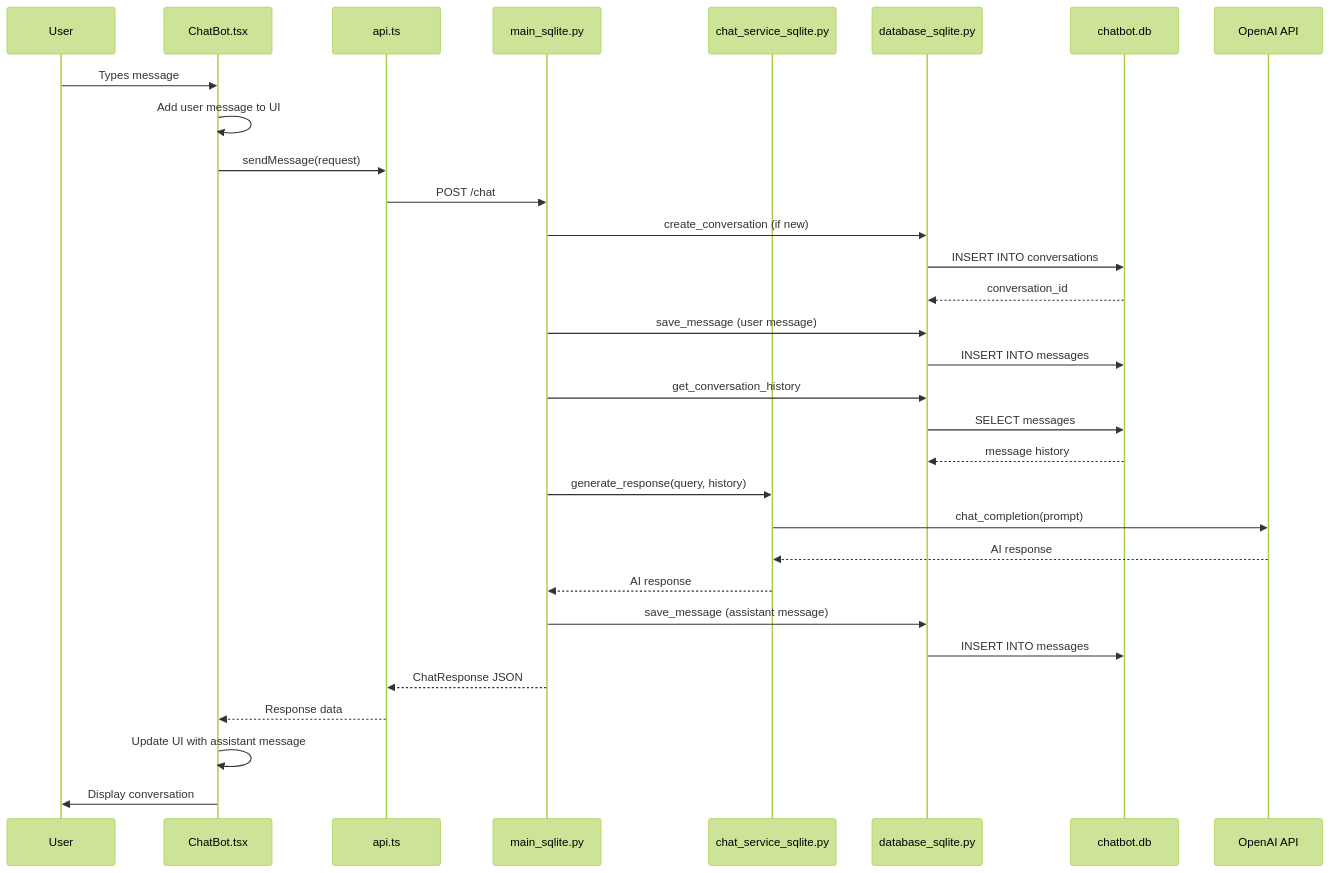
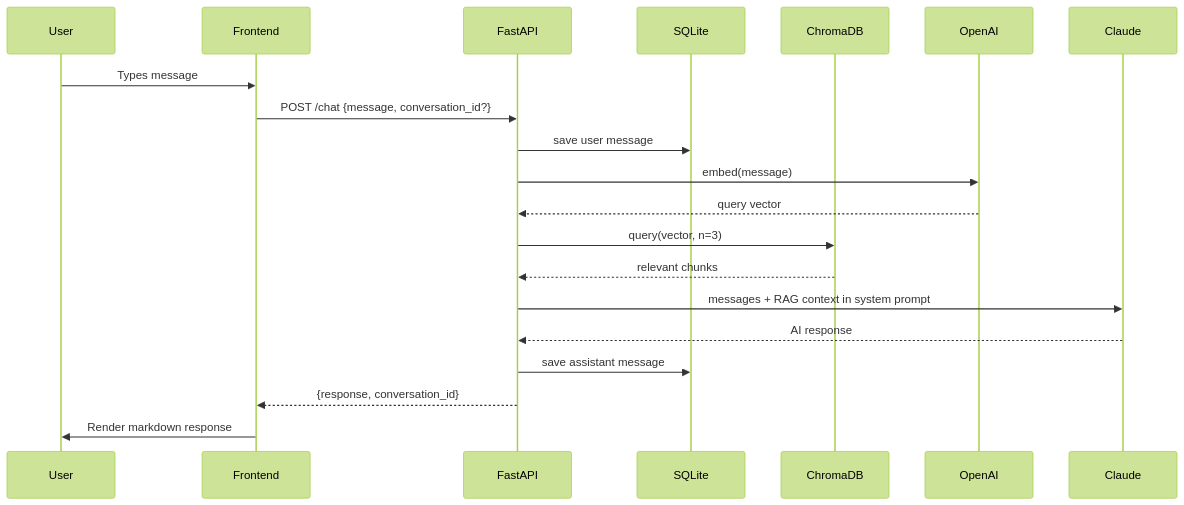
The second of 5 diagrams in fullstack.md (VimeansethThorng/fastapi-react-typescript-chatbot), drawn with Mermaid (forest theme) before and after one commit. The commit also changed other lines of this file and 5 other files, not shown here.

````diff
--- a/fullstack.md
+++ b/fullstack.md
@@ -90,41 +52,23 @@
 ```mermaid
 sequenceDiagram
     participant User
-    participant ChatBot as ChatBot.tsx
-    participant API as api.ts
-    participant FastAPI as main_sqlite.py
-    participant ChatService as chat_service_sqlite.py
-    participant DBManager as database_sqlite.py
-    participant SQLite as chatbot.db
-    participant OpenAI as OpenAI API
-    
-    %% Chat Flow
-    User->>ChatBot: Types message
-    ChatBot->>ChatBot: Add user message to UI
-    ChatBot->>API: sendMessage(request)
-    API->>FastAPI: POST /chat
-    
-    FastAPI->>DBManager: create_conversation (if new)
-    DBManager->>SQLite: INSERT INTO conversations
-    SQLite-->>DBManager: conversation_id
-    
-    FastAPI->>DBManager: save_message (user message)
-    DBManager->>SQLite: INSERT INTO messages
-    
-    FastAPI->>DBManager: get_conversation_history
-    DBManager->>SQLite: SELECT messages
-    SQLite-->>DBManager: message history
-    
-    FastAPI->>ChatService: generate_response(query, history)
-    ChatService->>OpenAI: chat_completion(prompt)
-    OpenAI-->>ChatService: AI response
-    ChatService-->>FastAPI: AI response
-    
-    FastAPI->>DBManager: save_message (assistant message)
-    DBManager->>SQLite: INSERT INTO messages
-    
-    FastAPI-->>API: ChatResponse JSON
-    API-->>ChatBot: Response data
-    ChatBot->>ChatBot: Update UI with assistant message
-    ChatBot->>User: Display conversation
+    participant Frontend
+    participant FastAPI
+    participant SQLite
+    participant ChromaDB
+    participant OpenAI
+    participant Claude
+
+    User->>Frontend: Types message
+    Frontend->>FastAPI: POST /chat {message, conversation_id?}
+    FastAPI->>SQLite: save user message
+    FastAPI->>OpenAI: embed(message)
+    OpenAI-->>FastAPI: query vector
+    FastAPI->>ChromaDB: query(vector, n=3)
+    ChromaDB-->>FastAPI: relevant chunks
+    FastAPI->>Claude: messages + RAG context in system prompt
+    Claude-->>FastAPI: AI response
+    FastAPI->>SQLite: save assistant message
+    FastAPI-->>Frontend: {response, conversation_id}
+    Frontend->>User: Render markdown response
 ```
````
